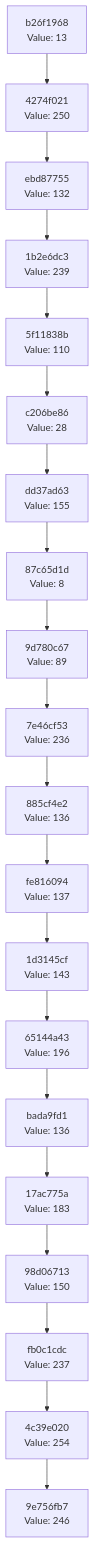
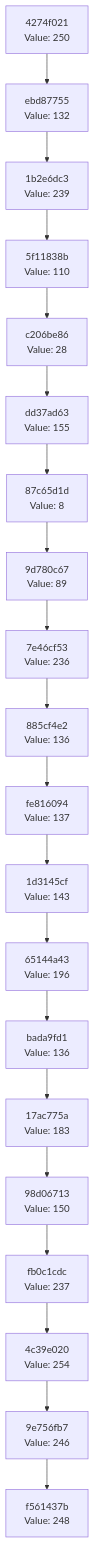
The diagram in docs/CHAIN_VISUALIZATION.md (Abhisheksinha1506/hash-chain-evolver), drawn with Mermaid before and after one commit. The commit also changed 2 other files, not shown here.

Commit message:
Evolution step: hash 0xF8 → action executed

````diff
--- a/docs/CHAIN_VISUALIZATION.md
+++ b/docs/CHAIN_VISUALIZATION.md
@@ -3,42 +3,42 @@
 ```mermaid
 graph TD
-    C0["9e756fb7<br/>Value: 246"]
-    C1["4c39e020<br/>Value: 254"]
+    C0["f561437b<br/>Value: 248"]
+    C1["9e756fb7<br/>Value: 246"]
     C1 --> C0
-    C2["fb0c1cdc<br/>Value: 237"]
+    C2["4c39e020<br/>Value: 254"]
     C2 --> C1
-    C3["98d06713<br/>Value: 150"]
+    C3["fb0c1cdc<br/>Value: 237"]
     C3 --> C2
-    C4["17ac775a<br/>Value: 183"]
+    C4["98d06713<br/>Value: 150"]
     C4 --> C3
-    C5["bada9fd1<br/>Value: 136"]
+    C5["17ac775a<br/>Value: 183"]
     C5 --> C4
-    C6["65144a43<br/>Value: 196"]
+    C6["bada9fd1<br/>Value: 136"]
     C6 --> C5
-    C7["1d3145cf<br/>Value: 143"]
+    C7["65144a43<br/>Value: 196"]
     C7 --> C6
-    C8["fe816094<br/>Value: 137"]
+    C8["1d3145cf<br/>Value: 143"]
     C8 --> C7
-    C9["885cf4e2<br/>Value: 136"]
+    C9["fe816094<br/>Value: 137"]
     C9 --> C8
-    C10["7e46cf53<br/>Value: 236"]
+    C10["885cf4e2<br/>Value: 136"]
     C10 --> C9
-    C11["9d780c67<br/>Value: 89"]
+    C11["7e46cf53<br/>Value: 236"]
     C11 --> C10
-    C12["87c65d1d<br/>Value: 8"]
+    C12["9d780c67<br/>Value: 89"]
     C12 --> C11
-    C13["dd37ad63<br/>Value: 155"]
+    C13["87c65d1d<br/>Value: 8"]
     C13 --> C12
-    C14["c206be86<br/>Value: 28"]
+    C14["dd37ad63<br/>Value: 155"]
     C14 --> C13
-    C15["5f11838b<br/>Value: 110"]
+    C15["c206be86<br/>Value: 28"]
     C15 --> C14
-    C16["1b2e6dc3<br/>Value: 239"]
+    C16["5f11838b<br/>Value: 110"]
     C16 --> C15
-    C17["ebd87755<br/>Value: 132"]
+    C17["1b2e6dc3<br/>Value: 239"]
     C17 --> C16
-    C18["4274f021<br/>Value: 250"]
+    C18["ebd87755<br/>Value: 132"]
     C18 --> C17
-    C19["b26f1968<br/>Value: 13"]
+    C19["4274f021<br/>Value: 250"]
     C19 --> C18
 ```
````
